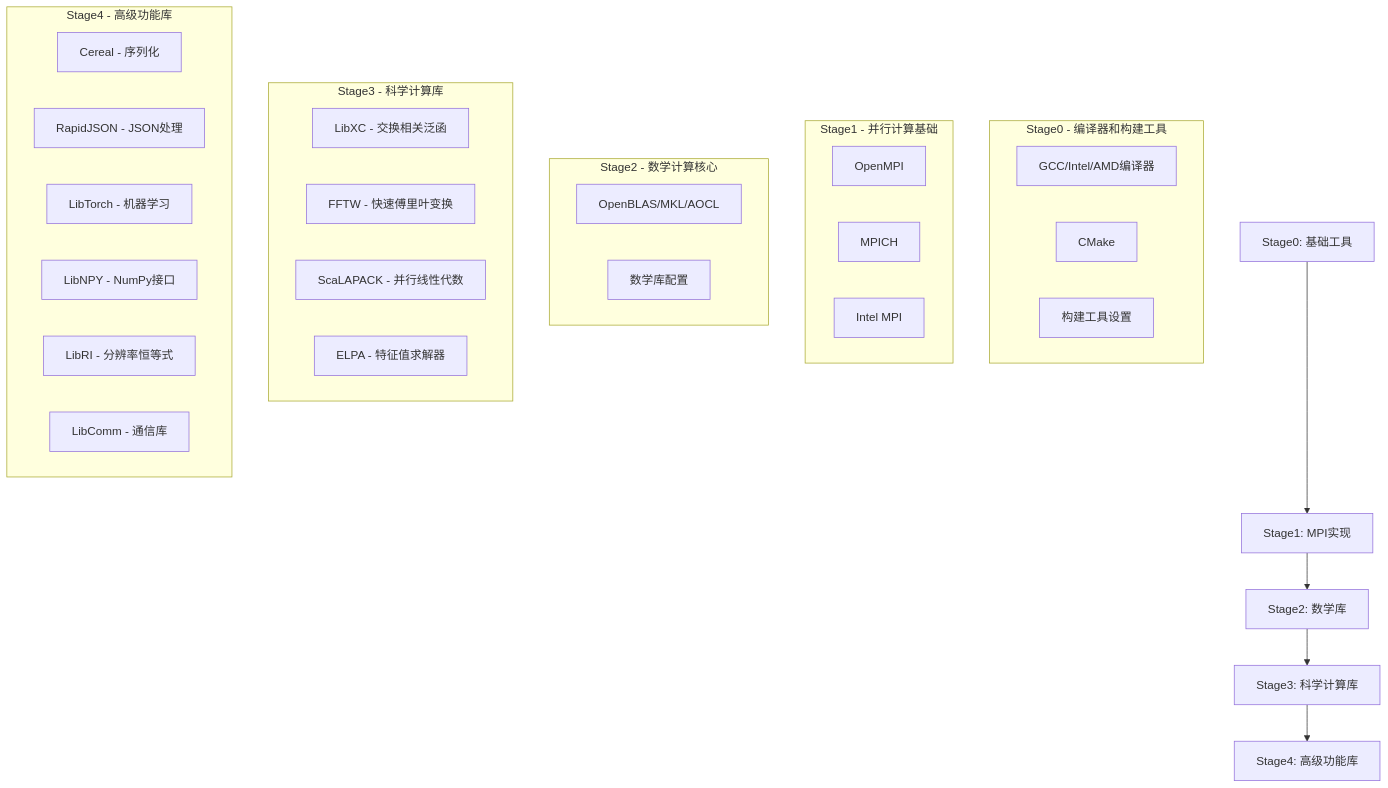
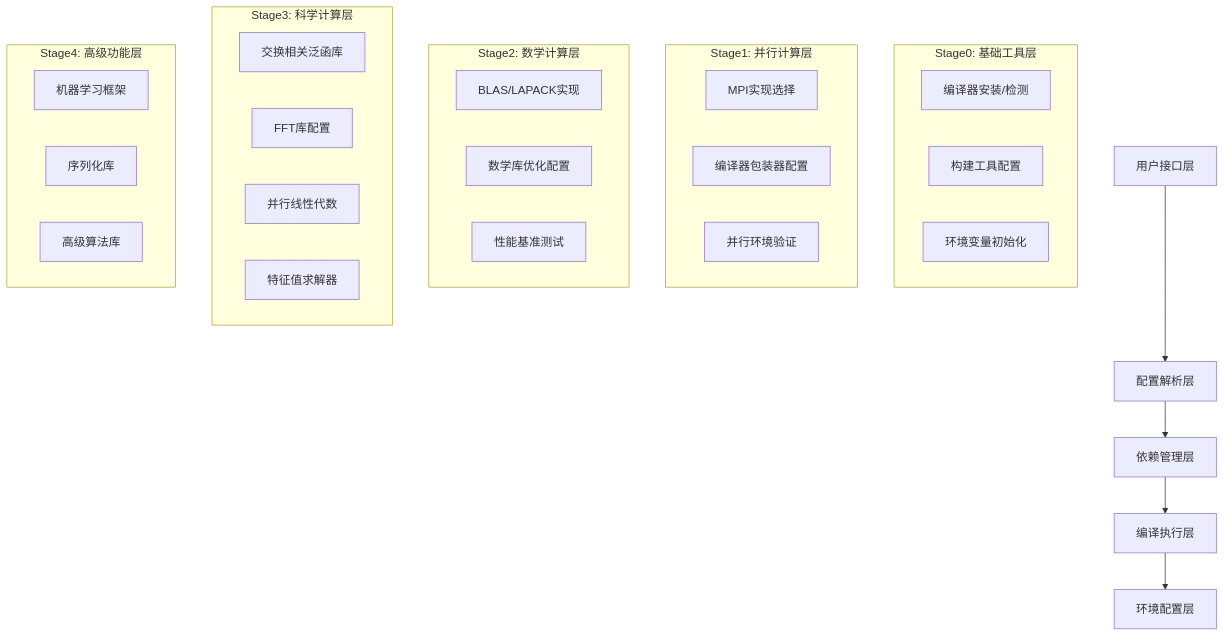
Before and after one commit to deepmodeling/abacus-develop: the diagram in toolchain/.trae/documents/ABACUS_Toolchain_Developer_Guide.md, drawn with Mermaid. The commit also changed other lines of this file and 2 other files, not shown here.

````diff
--- a/toolchain/.trae/documents/ABACUS_Toolchain_Developer_Guide.md
+++ b/toolchain/.trae/documents/ABACUS_Toolchain_Developer_Guide.md
@@ -18,40 +79,38 @@
 ```mermaid
 graph TD
-    A[Stage0: 基础工具] --> B[Stage1: MPI实现]
-    B --> C[Stage2: 数学库]
-    C --> D[Stage3: 科学计算库]
-    D --> E[Stage4: 高级功能库]
+    A[用户接口层] --> B[配置解析层]
+    B --> C[依赖管理层]
+    C --> D[编译执行层]
+    D --> E[环境配置层]
     
-    subgraph "Stage0 - 编译器和构建工具"
-        F[GCC/Intel/AMD编译器]
-        G[CMake]
-        H[构建工具设置]
+    subgraph "Stage0: 基础工具层"
+        F[编译器安装/检测]
+        G[构建工具配置]
+        H[环境变量初始化]
     end
     
-    subgraph "Stage1 - 并行计算基础"
-        I[OpenMPI]
-        J[MPICH]
-        K[Intel MPI]
+    subgraph "Stage1: 并行计算层"
+        I[MPI实现选择]
+        J[编译器包装器配置]
+        K[并行环境验证]
     end
     
-    subgraph "Stage2 - 数学计算核心"
-        L[OpenBLAS/MKL/AOCL]
-        M[数学库配置]
+    subgraph "Stage2: 数学计算层"
+        L[BLAS/LAPACK实现]
+        M[数学库优化配置]
+        N[性能基准测试]
     end
     
-    subgraph "Stage3 - 科学计算库"
-        N[LibXC - 交换相关泛函]
-        O[FFTW - 快速傅里叶变换]
-        P[ScaLAPACK - 并行线性代数]
-        Q[ELPA - 特征值求解器]
+    subgraph "Stage3: 科学计算层"
+        O[交换相关泛函库]
+        P[FFT库配置]
+        Q[并行线性代数]
+        R[特征值求解器]
     end
     
-    subgraph "Stage4 - 高级功能库"
-        R[Cereal - 序列化]
-        S[RapidJSON - JSON处理]
-        T[LibTorch - 机器学习]
-        U[LibNPY - NumPy接口]
-        V[LibRI - 分辨率恒等式]
-        W[LibComm - 通信库]
+    subgraph "Stage4: 高级功能层"
+        S[机器学习框架]
+        T[序列化库]
+        U[高级算法库]
     end
 ```
````
